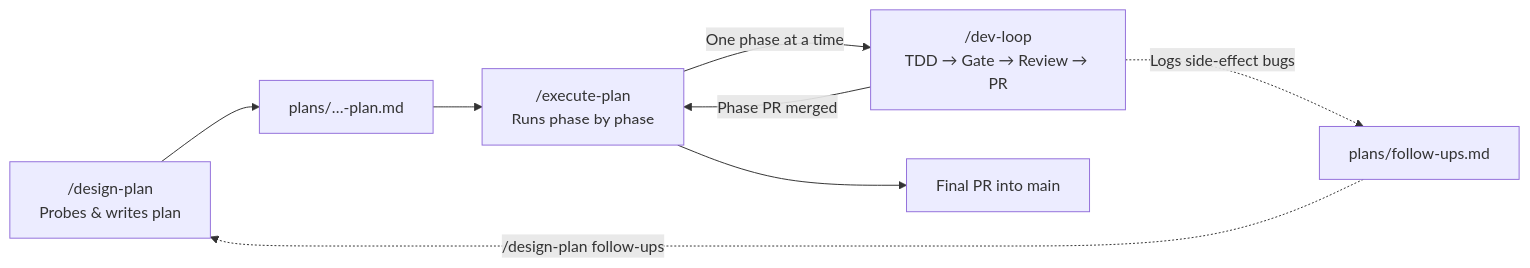
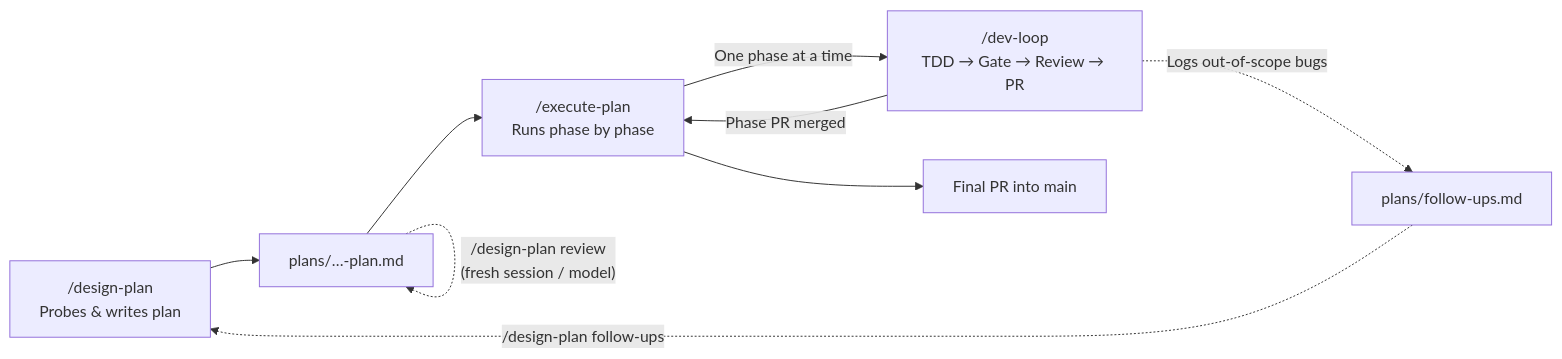
Before and after one commit to seriva/bootstrap: the diagram in README.md, drawn with Mermaid. The commit also changed other lines of this file and 2 other files, not shown here.

````diff
--- a/README.md
+++ b/README.md
@@ -62,10 +62,11 @@
 ```mermaid
 flowchart LR
     DP["/design-plan<br/>Probes & writes plan"] --> Plan["plans/…-plan.md"]
+    Plan -.->|"/design-plan review<br/>(fresh session / model)"| Plan
     Plan --> EP["/execute-plan<br/>Runs phase by phase"]
     EP -->|"One phase at a time"| DL["/dev-loop<br/>TDD → Gate → Review → PR"]
     DL -->|"Phase PR merged"| EP
-    DL -.->|"Logs side-effect bugs"| FU["plans/follow-ups.md"]
+    DL -.->|"Logs out-of-scope bugs"| FU["plans/follow-ups.md"]
     FU -.->|"/design-plan follow-ups"| DP
     EP --> Final["Final PR into main"]
 ```
````
